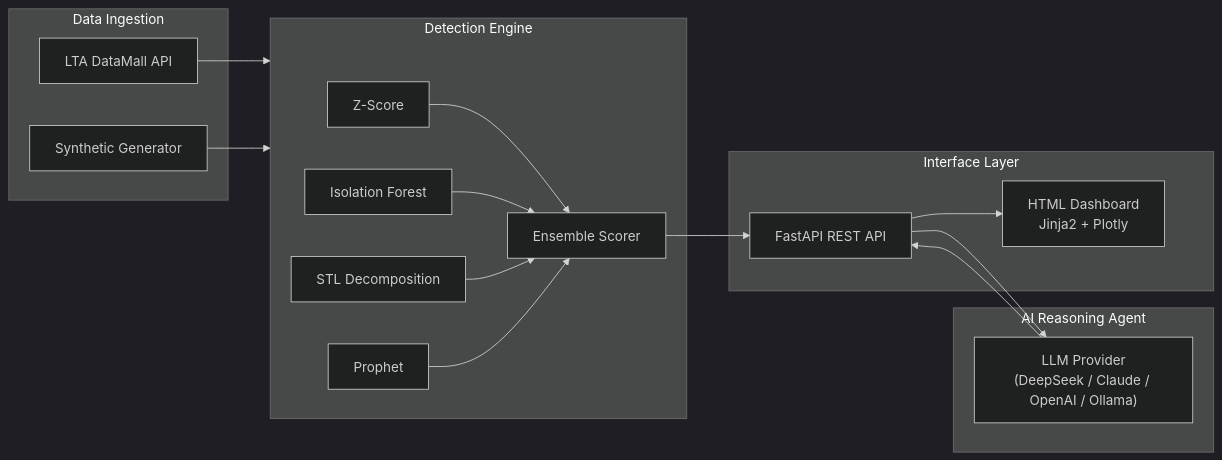
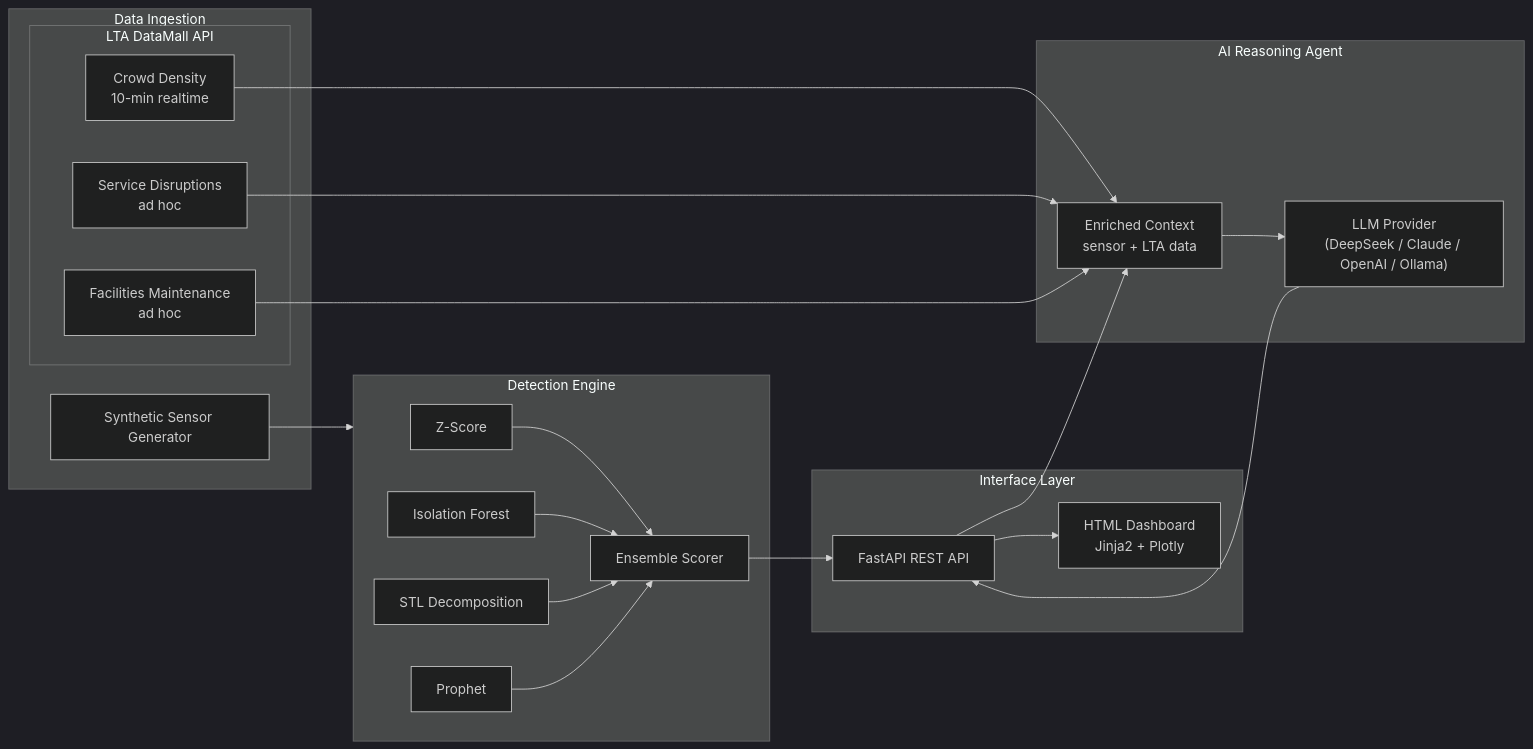
One commit to rayluo88/RailSense-AI changed the diagram in README.md. Above: the diagram before and after it, drawn with Mermaid (dark theme). The commit also changed other lines of this file and 20 other files, not shown here.

First line of the commit message:
Feat: integrate live LTA DataMall APIs into pipeline and dashboard

````diff
--- a/README.md
+++ b/README.md
@@ -23,35 +23,43 @@
 ```mermaid
 flowchart LR
     subgraph Ingestion["Data Ingestion"]
-        LTA[LTA DataMall API]
-        SYN[Synthetic Generator]
+        SYN[Synthetic Sensor Generator]
+        subgraph LTA["LTA DataMall API"]
+            CROWD[Crowd Density<br/>10-min realtime]
+            DIS[Service Disruptions<br/>ad hoc]
+            FAC[Facilities Maintenance<br/>ad hoc]
+        end
     end
 
     subgraph Detection["Detection Engine"]
         ZS[Z-Score]
         IF[Isolation Forest]
         STL[STL Decomposition]
         PR[Prophet]
         ENS[Ensemble Scorer]
     end
 
     subgraph Agent["AI Reasoning Agent"]
+        CTX[Enriched Context<br/>sensor + LTA data]
         LLM["LLM Provider<br/>(DeepSeek / Claude / OpenAI / Ollama)"]
     end
 
     subgraph Interface["Interface Layer"]
         API[FastAPI REST API]
         DASH[HTML Dashboard<br/>Jinja2 + Plotly]
     end
 
-    LTA --> Detection
     SYN --> Detection
     ZS --> ENS
     IF --> ENS
     STL --> ENS
     PR --> ENS
     ENS --> API
-    API --> LLM
+    CROWD --> CTX
+    DIS --> CTX
+    FAC --> CTX
+    API --> CTX
+    CTX --> LLM
     LLM --> API
     API --> DASH
 ```
````
